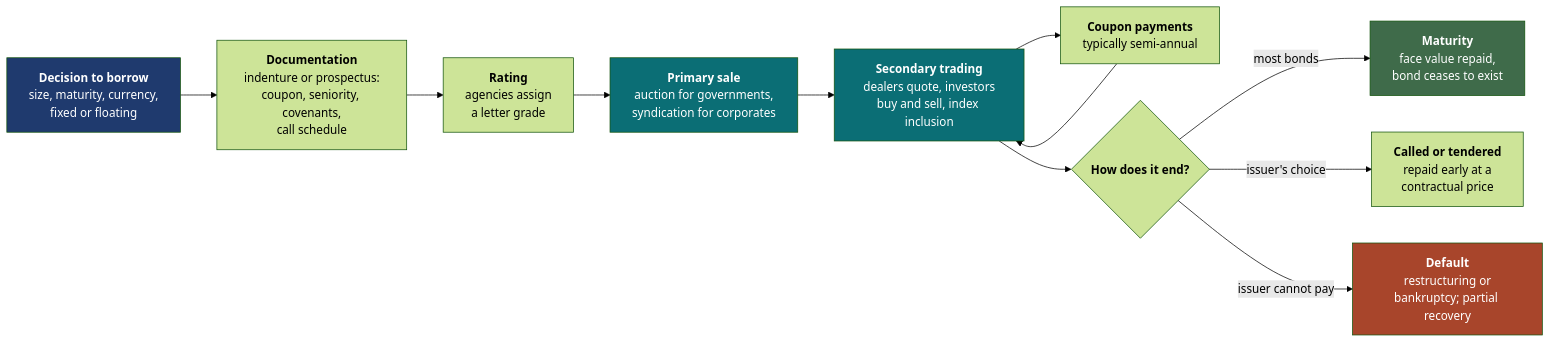
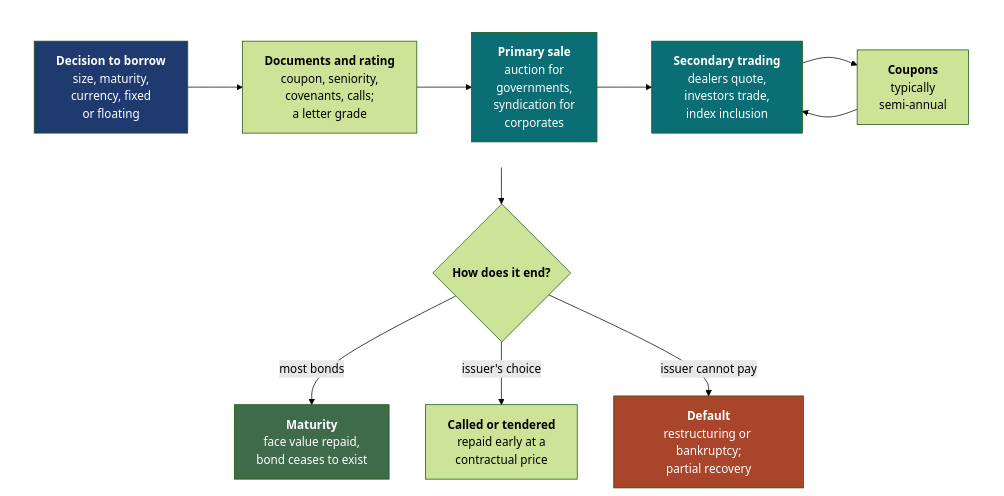
One commit to rmahfoud/quant-research changed the second of 6 diagrams in bond_markets.md. Above: the diagram before and after it, drawn with Mermaid (forest theme). The commit also changed other lines of this file and 19 other files, not shown here.

````diff
--- a/bond_markets.md
+++ b/bond_markets.md
@@ -528,18 +529,21 @@
 ```mermaid
-flowchart LR
-    A["<b>Decision to borrow</b><br/>size, maturity, currency,<br/>fixed or floating"] --> B["<b>Documentation</b><br/>indenture or prospectus:<br/>coupon, seniority, covenants,<br/>call schedule"]
-    B --> C["<b>Rating</b><br/>agencies assign<br/>a letter grade"]
-    C --> D["<b>Primary sale</b><br/>auction for governments,<br/>syndication for corporates"]
-    D --> E["<b>Secondary trading</b><br/>dealers quote, investors<br/>buy and sell, index inclusion"]
-    E --> F["<b>Coupon payments</b><br/>typically semi-annual"]
-    F --> E
-    E --> G{"<b>How does it end?</b>"}
+flowchart TB
+    subgraph LIFE[" "]
+        direction LR
+        A["<b>Decision to borrow</b><br/>size, maturity,<br/>currency, fixed<br/>or floating"] --> B["<b>Documents and rating</b><br/>coupon, seniority,<br/>covenants, calls;<br/>a letter grade"]
+        B --> D["<b>Primary sale</b><br/>auction for<br/>governments,<br/>syndication for<br/>corporates"]
+        D --> E["<b>Secondary trading</b><br/>dealers quote,<br/>investors trade,<br/>index inclusion"]
+        E --> F["<b>Coupons</b><br/>typically<br/>semi-annual"]
+        F --> E
+    end
+    LIFE --> G{"<b>How does it end?</b>"}
     G -->|"most bonds"| H["<b>Maturity</b><br/>face value repaid,<br/>bond ceases to exist"]
     G -->|"issuer's choice"| I["<b>Called or tendered</b><br/>repaid early at a<br/>contractual price"]
-    G -->|"issuer cannot pay"| J["<b>Default</b><br/>restructuring or<br/>bankruptcy; partial recovery"]
+    G -->|"issuer cannot pay"| J["<b>Default</b><br/>restructuring or bankruptcy;<br/>partial recovery"]
+    style LIFE fill:none,stroke:none
     style A fill:#1F3A6E,color:#fff
     style D fill:#0B6E75,color:#fff
     style E fill:#0B6E75,color:#fff
     style H fill:#3f6b4a,color:#fff
     style J fill:#A8452B,color:#fff
 ```
````
